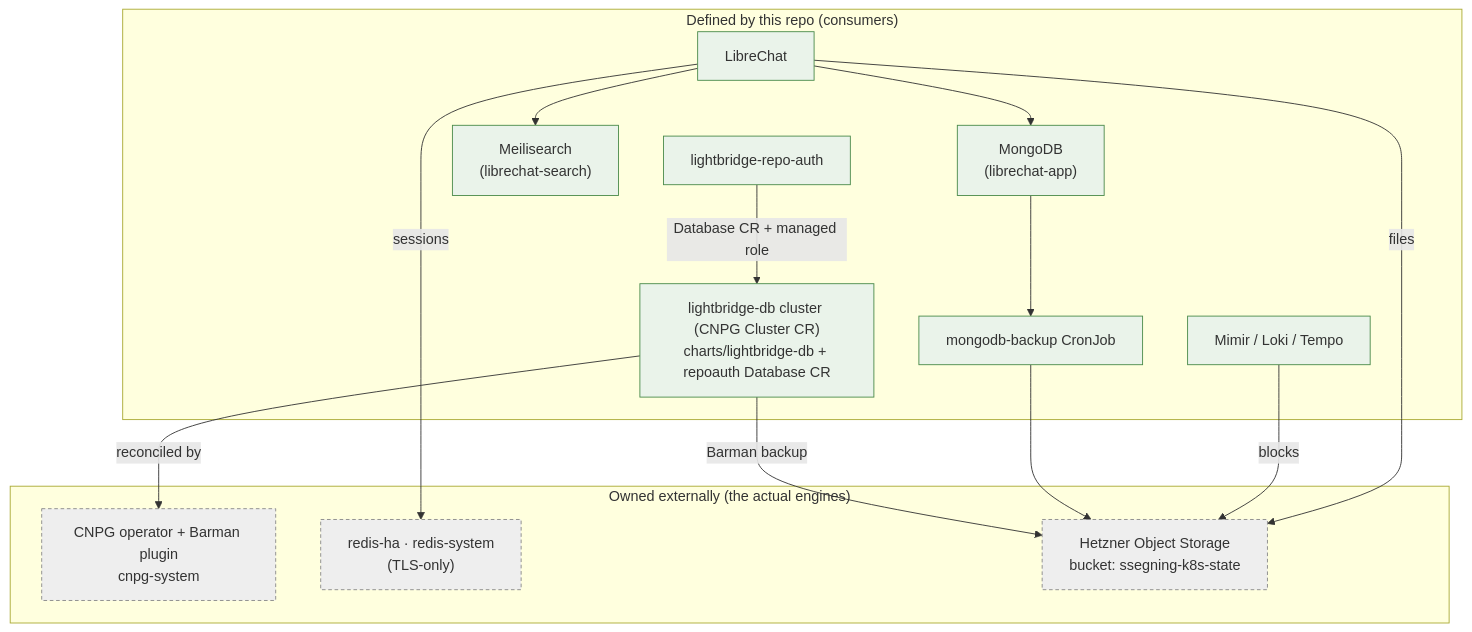
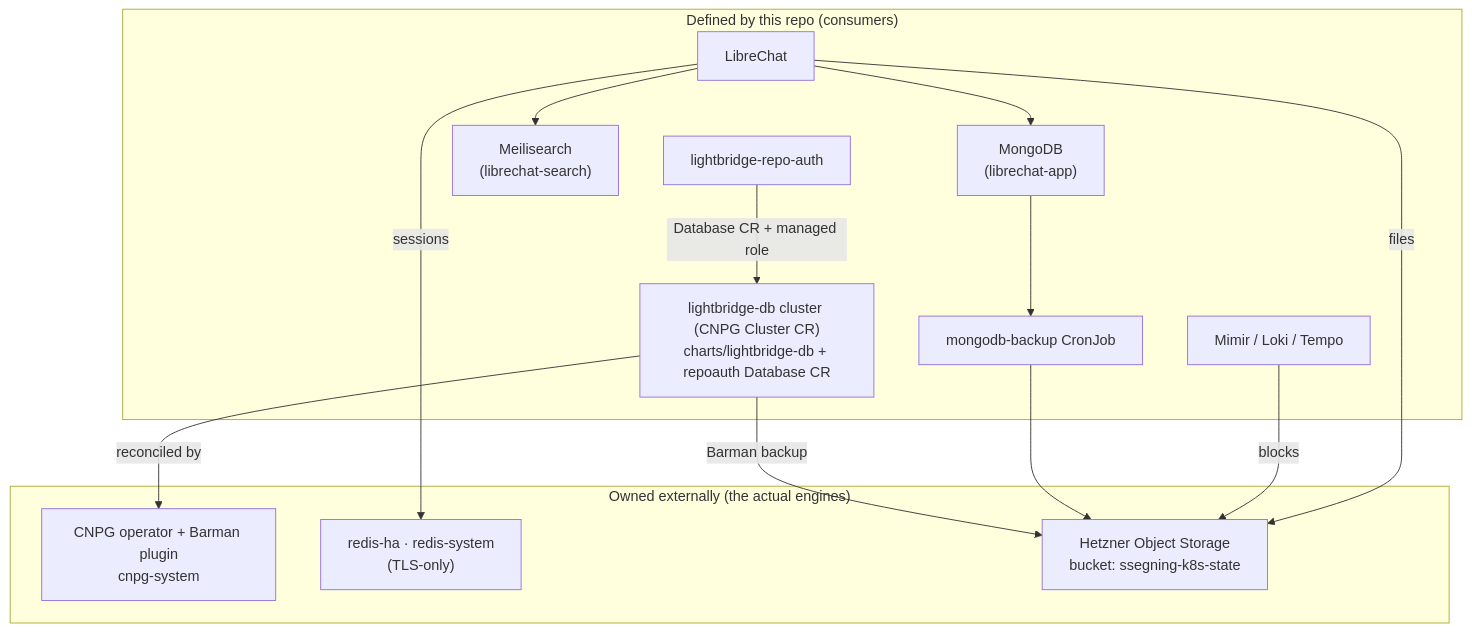
One commit to ADORSYS-GIS/ai-helm changed the first of 4 diagrams in docs/architecture/07-data-secrets.md. Above: the diagram before and after it, drawn with Mermaid. The commit also changed other lines of this file and 13 other files, not shown here.

First line of the commit message:
docs(architecture): uncolor all mermaid; refresh CD/components; add diagrams

````diff
--- a/docs/architecture/07-data-secrets.md
+++ b/docs/architecture/07-data-secrets.md
@@ -9,31 +9,29 @@
 ```mermaid
 flowchart TB
     subgraph owned["Defined by this repo (consumers)"]
-        LC["LibreChat"]:::own
-        MONGO["MongoDB<br/>(librechat-app)"]:::own
-        MEILI["Meilisearch<br/>(librechat-search)"]:::own
-        REPOAUTH["lightbridge-repo-auth"]:::own
-        LGTM["Mimir / Loki / Tempo"]:::own
-        MBK["mongodb-backup CronJob"]:::own
-        LBDB["lightbridge-db cluster (CNPG Cluster CR)<br/>charts/lightbridge-db + repoauth Database CR"]:::own
+        LC["LibreChat"]
+        MONGO["MongoDB<br/>(librechat-app)"]
+        MEILI["Meilisearch<br/>(librechat-search)"]
+        REPOAUTH["lightbridge-repo-auth"]
+        LGTM["Mimir / Loki / Tempo"]
+        MBK["mongodb-backup CronJob"]
+        LBDB["lightbridge-db cluster (CNPG Cluster CR)<br/>charts/lightbridge-db + repoauth Database CR"]
     end
 
     subgraph external["Owned externally (the actual engines)"]
-        CNPGOP["CNPG operator + Barman plugin<br/>cnpg-system"]:::ext
-        REDIS["redis-ha · redis-system<br/>(TLS-only)"]:::ext
-        S3["Hetzner Object Storage<br/>bucket: ssegning-k8s-state"]:::ext
+        CNPGOP["CNPG operator + Barman plugin<br/>cnpg-system"]
+        REDIS["redis-ha · redis-system<br/>(TLS-only)"]
+        S3["Hetzner Object Storage<br/>bucket: ssegning-k8s-state"]
     end
 
     LC --> MONGO
     LC --> MEILI
     LC -->|sessions| REDIS
     LC -->|files| S3
     REPOAUTH -->|"Database CR + managed role"| LBDB
     LBDB -->|reconciled by| CNPGOP
     LGTM -->|blocks| S3
     MONGO --> MBK --> S3
     LBDB -->|Barman backup| S3
 
-    classDef own fill:#eaf3ea,stroke:#4a8a4a;
-    classDef ext fill:#eee,stroke:#888,stroke-dasharray:4 3;
 ```
````
